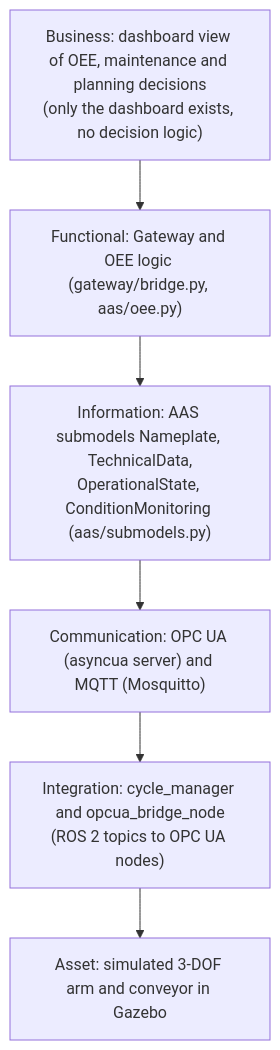
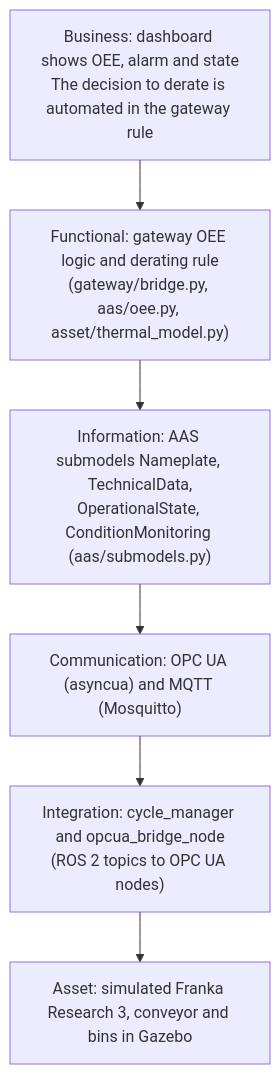
Before and after one commit to AbhishekDubasi09/aas-digital-twin: the diagram in docs/diagrams/rami40_layers.mmd, drawn with Mermaid. The commit also changed 48 other files, not shown here.

First line of the commit message:
docs: README, cheat sheet, diagrams and real run evidence for the FR3 thermal scenario

```diff
--- a/docs/diagrams/rami40_layers.mmd
+++ b/docs/diagrams/rami40_layers.mmd
@@ -1,8 +1,8 @@
 flowchart TB
-    B["Business: dashboard view of OEE, maintenance and planning decisions\n(only the dashboard exists, no decision logic)"]
-    F["Functional: Gateway and OEE logic (gateway/bridge.py, aas/oee.py)"]
+    B["Business: dashboard shows OEE, alarm and state\nThe decision to derate is automated in the gateway rule"]
+    F["Functional: gateway OEE logic and derating rule\n(gateway/bridge.py, aas/oee.py, asset/thermal_model.py)"]
     I["Information: AAS submodels Nameplate, TechnicalData,\nOperationalState, ConditionMonitoring (aas/submodels.py)"]
-    C["Communication: OPC UA (asyncua server) and MQTT (Mosquitto)"]
+    C["Communication: OPC UA (asyncua) and MQTT (Mosquitto)"]
     N["Integration: cycle_manager and opcua_bridge_node\n(ROS 2 topics to OPC UA nodes)"]
-    A["Asset: simulated 3-DOF arm and conveyor in Gazebo"]
+    A["Asset: simulated Franka Research 3, conveyor and bins in Gazebo"]
     B --> F --> I --> C --> N --> A
```
